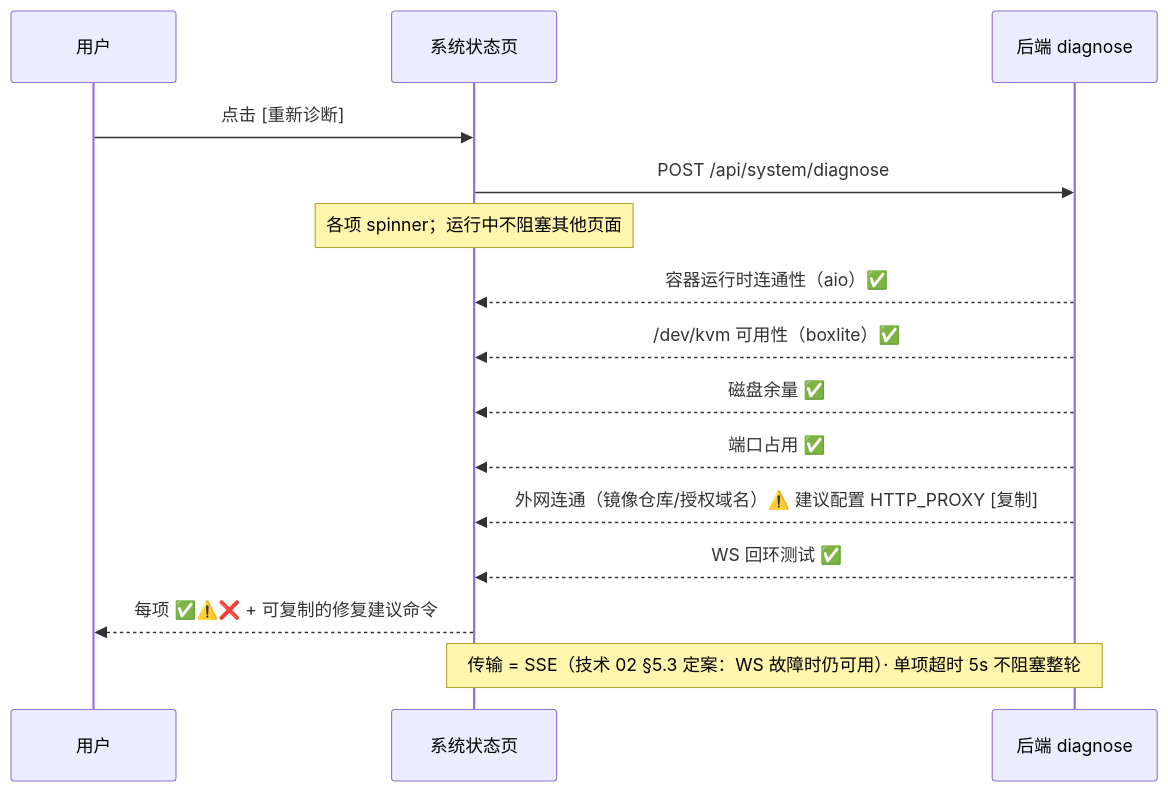
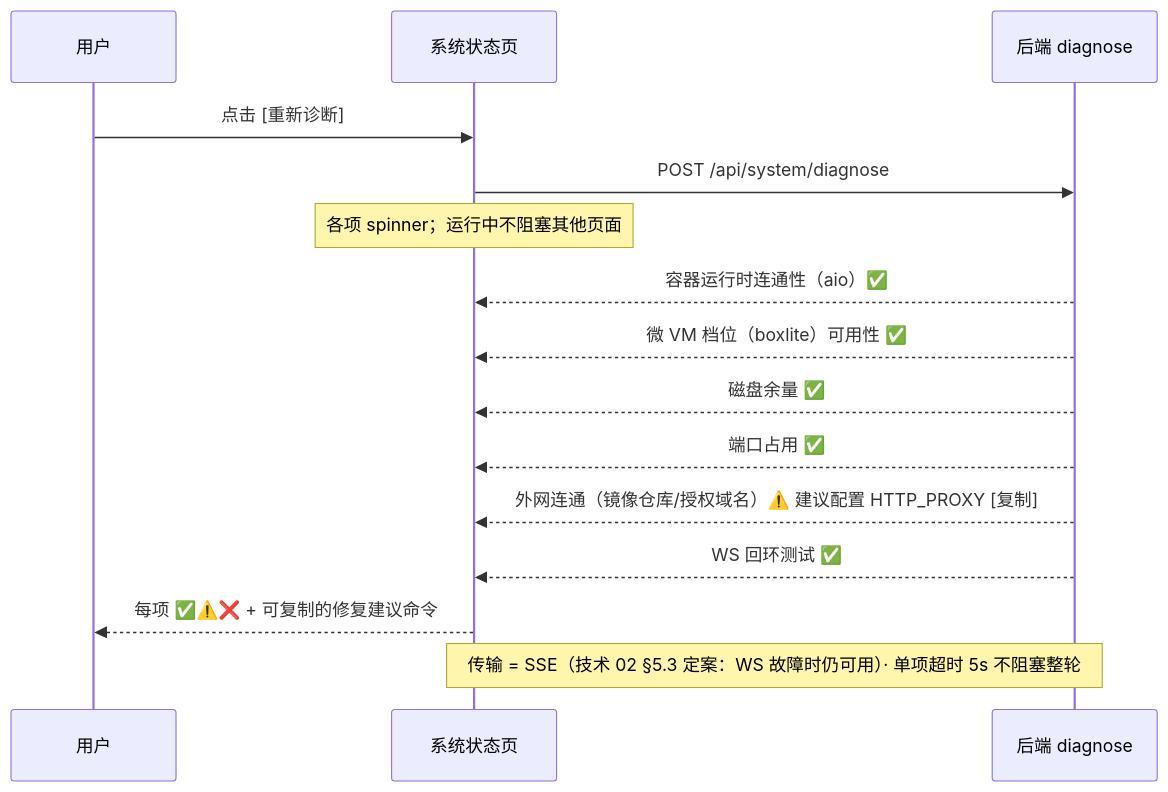
Before and after one commit to Xeonice/cloud-agent-platform-docs: the diagram in docs/product/pages/21-5-系统状态.md, drawn with Mermaid. The commit also changed other lines of this file and 1 other file, not shown here.

````diff
--- a/docs/product/pages/21-5-系统状态.md
+++ b/docs/product/pages/21-5-系统状态.md
@@ -90,18 +90,18 @@
 ```mermaid
 sequenceDiagram
     participant U as 用户
     participant FE as 系统状态页
     participant BE as 后端 diagnose
 
     U->>FE: 点击 [重新诊断]
     FE->>BE: POST /api/system/diagnose
     Note over FE: 各项 spinner；运行中不阻塞其他页面
     BE-->>FE: 容器运行时连通性（aio）✅
-    BE-->>FE: /dev/kvm 可用性（boxlite）✅
+    BE-->>FE: 微 VM 档位（boxlite）可用性 ✅
     BE-->>FE: 磁盘余量 ✅
     BE-->>FE: 端口占用 ✅
     BE-->>FE: 外网连通（镜像仓库/授权域名）⚠️ 建议配置 HTTP_PROXY [复制]
     BE-->>FE: WS 回环测试 ✅
     FE-->>U: 每项 ✅⚠️❌ + 可复制的修复建议命令
     Note over FE,BE: 传输 = SSE（技术 02 §5.3 定案：WS 故障时仍可用）· 单项超时 5s 不阻塞整轮
 ```
````
